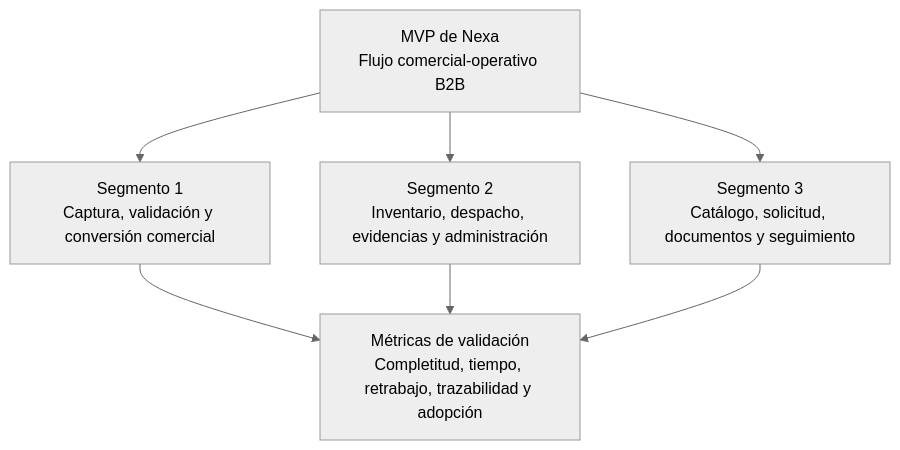
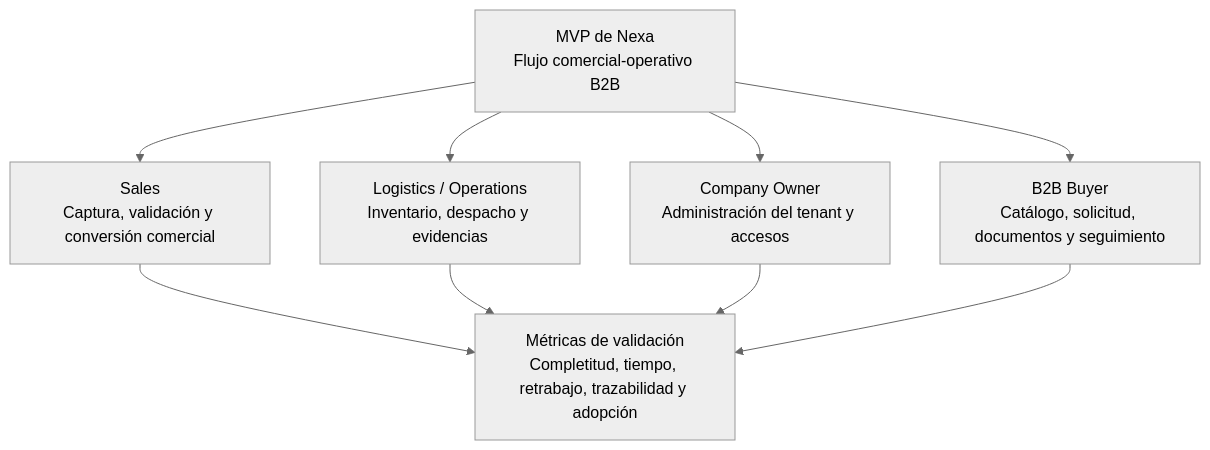
One commit to R0obxdnt-bit/nexa-ecosystem-report-v2 changed the fourth of 4 diagrams in report/10-chapter-1-introduction/1-3-target-segments.md. Above: the diagram before and after it, drawn with Mermaid (neutral theme). The commit also changed other lines of this file, not shown here.

````diff
--- a/report/10-chapter-1-introduction/1-3-target-segments.md
+++ b/report/10-chapter-1-introduction/1-3-target-segments.md
@@ -391,15 +448,18 @@
 ```mermaid
 flowchart TD
     MVP["MVP de Nexa<br/>Flujo comercial-operativo B2B"]
-    SEG1["Segmento 1<br/>Captura, validación y conversión comercial"]
-    SEG2["Segmento 2<br/>Inventario, despacho, evidencias y administración"]
-    SEG3["Segmento 3<br/>Catálogo, solicitud, documentos y seguimiento"]
+    SEG1["Sales<br/>Captura, validación y conversión comercial"]
+    SEG2["Logistics / Operations<br/>Inventario, despacho y evidencias"]
+    SEG2B["Company Owner<br/>Administración del tenant y accesos"]
+    SEG3["B2B Buyer<br/>Catálogo, solicitud, documentos y seguimiento"]
     MET["Métricas de validación<br/>Completitud, tiempo, retrabajo, trazabilidad y adopción"]
 
     MVP --> SEG1
     MVP --> SEG2
+    MVP --> SEG2B
     MVP --> SEG3
     SEG1 --> MET
     SEG2 --> MET
+    SEG2B --> MET
     SEG3 --> MET
 ```
````
